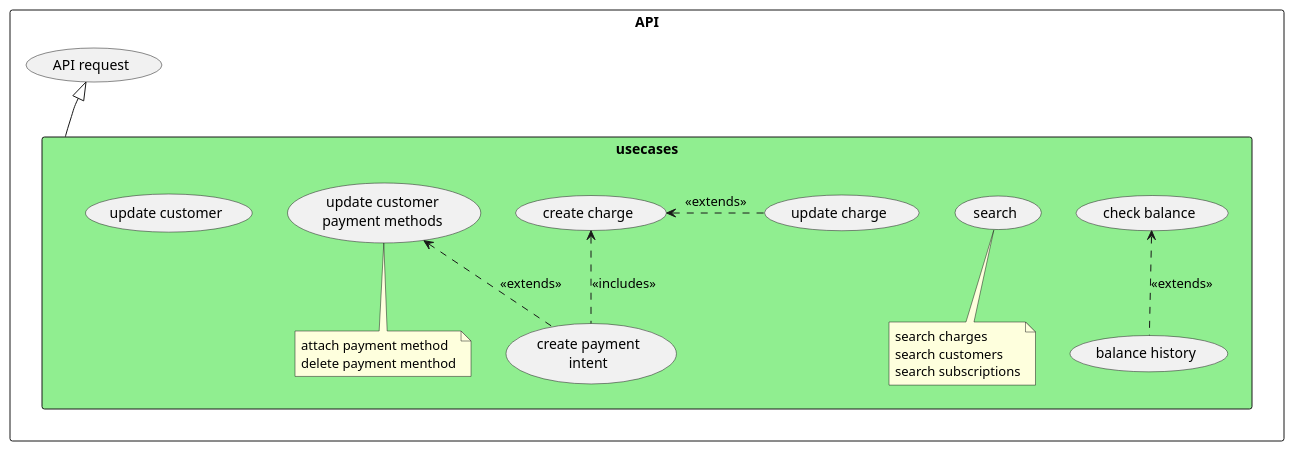
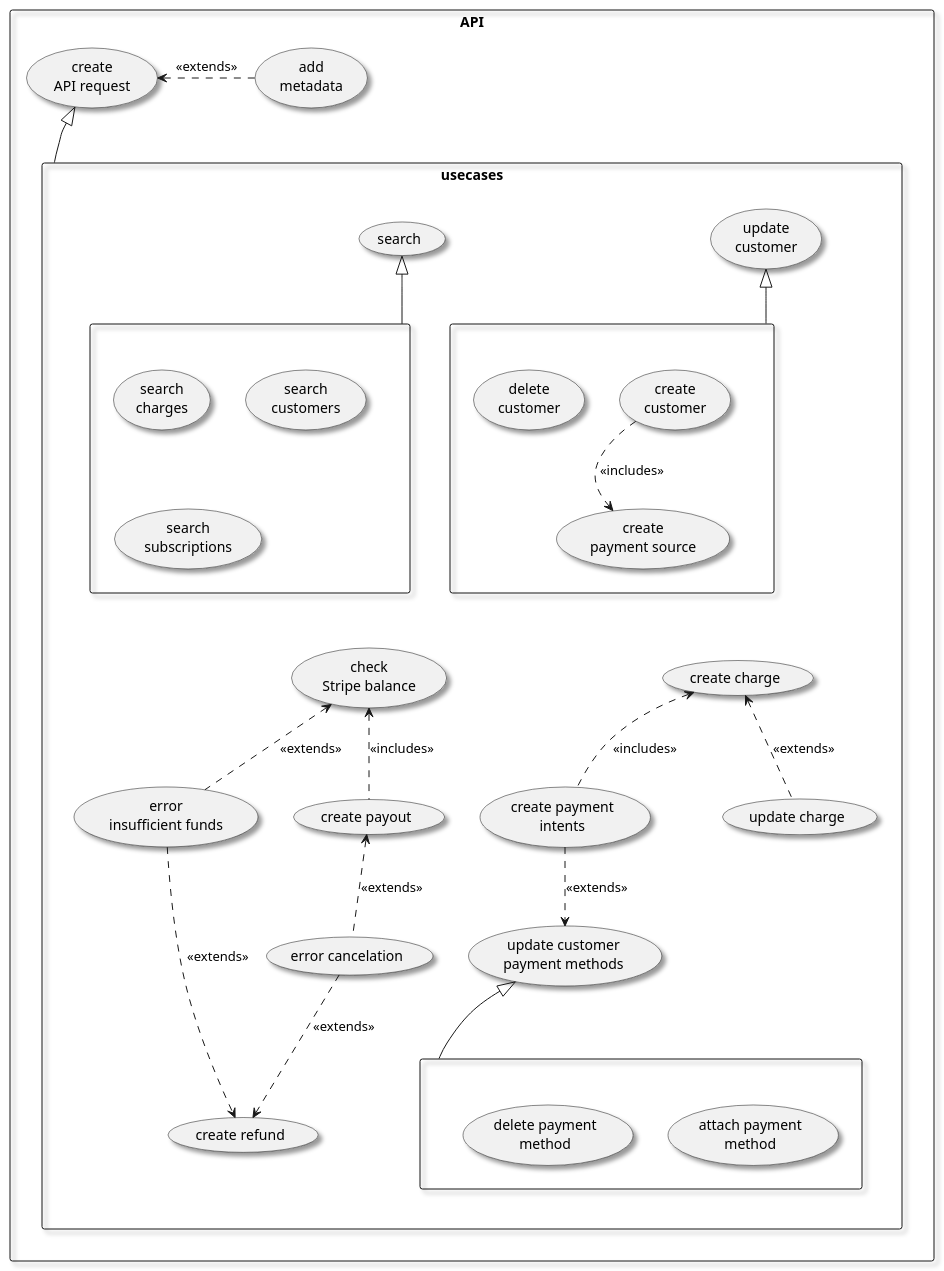
One commit to leath-dub/puml changed the diagram in api.puml. Above: the diagram before and after it, drawn with PlantUML.

Commit message:
diagram in a good state currently

```diff
--- a/api.puml
+++ b/api.puml
@@ -1,19 +1,58 @@
 @startuml
-skinparam packageStyle rectangle
+top to bottom direction
+skinparam shadowing true
+' skinparam linetype ortho
 rectangle API {
-  rectangle usecases #lightgreen {
-    (check balance) <.. (balance history) : <<extends>>
-    note "search charges\nsearch customers\nsearch subscriptions" as N1
-    (search) <|-- N1
+  rectangle usecases {
 
-    note "attach payment method\ndelete payment menthod" as NPM
-    (create charge) <.right. (update charge) : <<extends>>
-    (create charge) <.. (create payment\nintent) : <<includes>>
-    (update customer\npayment methods) <.. (create payment\nintent) : <<extends>>
-    (update customer\npayment methods) <|-- NPM
+    ' Customer
+    (update\ncustomer) as C
+    rectangle " " as R1 {
+      (create\ncustomer) ..> (create\npayment source) : <<includes>>
+      (delete\ncustomer)
+    }
+    C <|-down- R1
 
-    (update customer)
+    ' Search part
+    (search) as S
+    rectangle " " as R2 {
+        (search\ncharges)
+        (search\ncustomers)
+        (search\nsubscriptions)
+    }
+    S <|-down- R2
+
+    ' Charge
+    (create charge) as CH
+    CH <.down. (update charge) : <<extends>>
+
+    (update customer\npayment methods) as UCP
+    rectangle " " as R3 {
+      (attach payment\nmethod)
+      (delete payment\nmethod)
+    }
+    CH --[hidden]down-> UCP
+    UCP <|-down- R3
+    R1 --[hidden]down-> CH
+
+    (create payment\nintents) as CPI
+    CPI .right.> UCP : <<extends>>
+    CPI .up.> CH : <<includes>>
+
+    ' Payouts & refunds
+    (create payout) as CP
+    (check\nStripe balance) as CSB
+    (error\ninsufficient funds) as EIF
+    (error cancelation) as EC
+    (create refund) as CR
+    CP .up.> CSB : <<includes>>
+    CSB <.down. EIF : <<extends>>
+    R2 --[hidden]down-> CSB
+    CP <.down. EC : <<extends>>
+    CR <.up. EC : <<extends>>
+    CR <.up. EIF : <<extends>>
   }
-  (API request) <|-- usecases
+  (create\nAPI request) <|-down- usecases
+  (create\nAPI request) <.right. (add\nmetadata) : <<extends>>
 }
 @enduml
```
